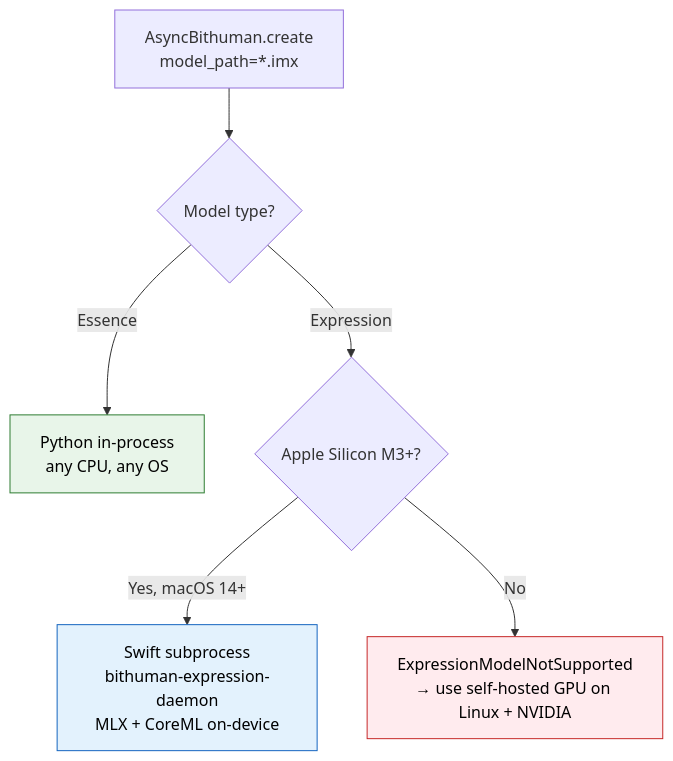
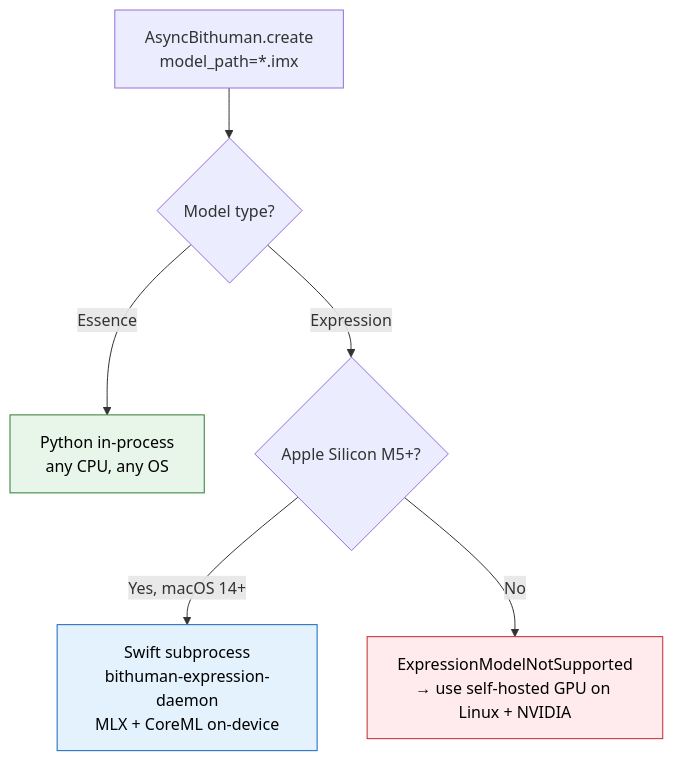
Before and after one commit to bithuman-product/bithuman-examples: the first of 2 diagrams in bithuman-docs/examples/apple-expression.mdx, drawn with Mermaid. The commit also changed other lines of this file and 7 other files, not shown here.

First line of the commit message:
docs(mintlify): raise minimum to Apple M5+ across Halo + Expression pages (#3)

````diff
--- a/bithuman-docs/examples/apple-expression.mdx
+++ b/bithuman-docs/examples/apple-expression.mdx
@@ -27,12 +27,12 @@
 ```mermaid
 flowchart TD
     A[AsyncBithuman.create\nmodel_path=*.imx] --> B{Model type?}
     B -->|Essence| C[Python in-process\nany CPU, any OS]
-    B -->|Expression| D{Apple Silicon M3+?}
+    B -->|Expression| D{Apple Silicon M5+?}
     D -->|Yes, macOS 14+| E[Swift subprocess\nbithuman-expression-daemon\nMLX + CoreML on-device]
     D -->|No| F[ExpressionModelNotSupported\n→ use self-hosted GPU on Linux + NVIDIA]
 
     style C fill:#e8f5e9,stroke:#2e7d32,color:#000
     style E fill:#e3f2fd,stroke:#1565c0,color:#000
     style F fill:#ffebee,stroke:#c62828,color:#000
 ```
````
